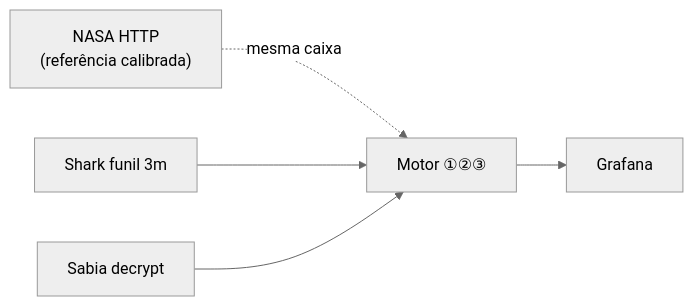
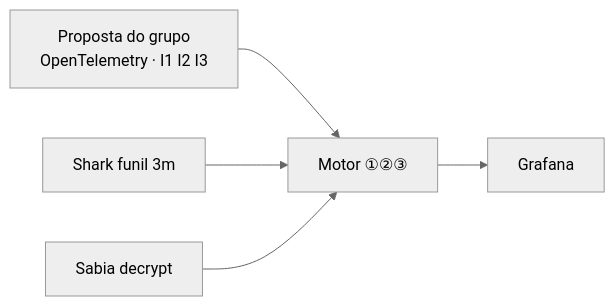
Before and after one commit to FelippeVelosoMarinho/eee017-confiabilidade-http: the fifth of 5 diagrams in docs/caixa-fechada-tp.md, drawn with Mermaid (neutral theme). The commit also changed other lines of this file and 30 other files, not shown here.

First line of the commit message:
docs: substitui o experimento NASA pela proposta e pela caixa fechada

````diff
--- a/docs/caixa-fechada-tp.md
+++ b/docs/caixa-fechada-tp.md
@@ -217,7 +217,7 @@
 ```mermaid
 flowchart LR
-  NASA["NASA HTTP<br/>(referência calibrada)"] -.->|"mesma caixa"| BOX["Motor ①②③"]
+  PROP["Proposta do grupo<br/>OpenTelemetry · I1 I2 I3"] --> BOX["Motor ①②③"]
   SH["Shark funil 3m"] --> BOX
   SA["Sabia decrypt"] --> BOX
   BOX --> G["Grafana"]
 ```
````
